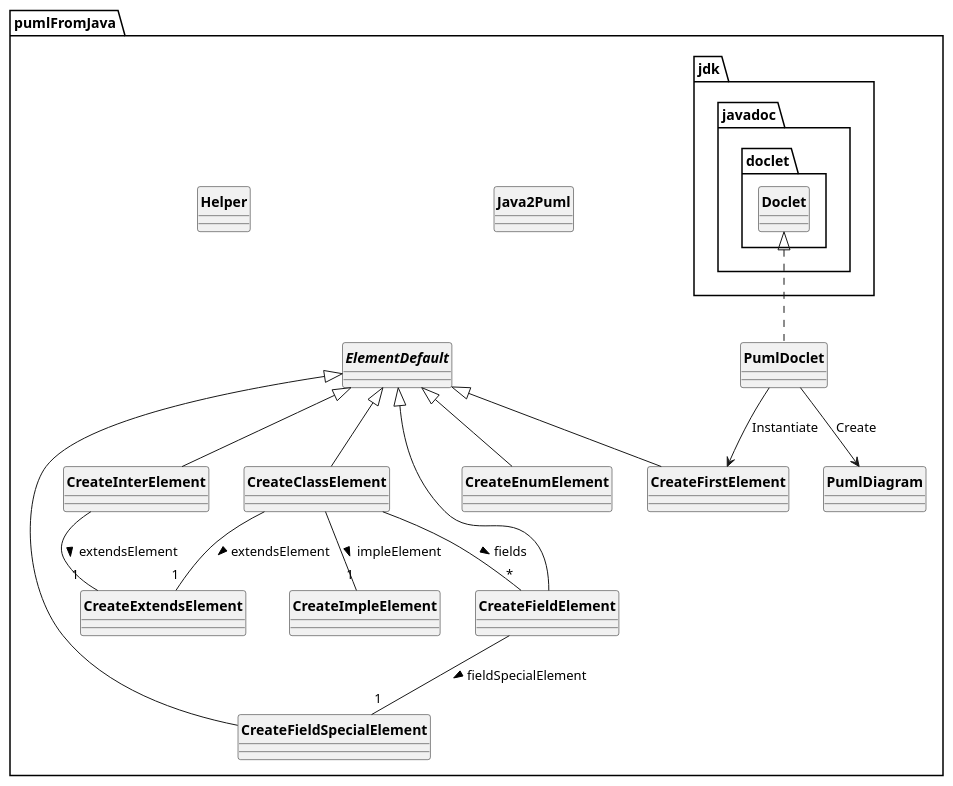
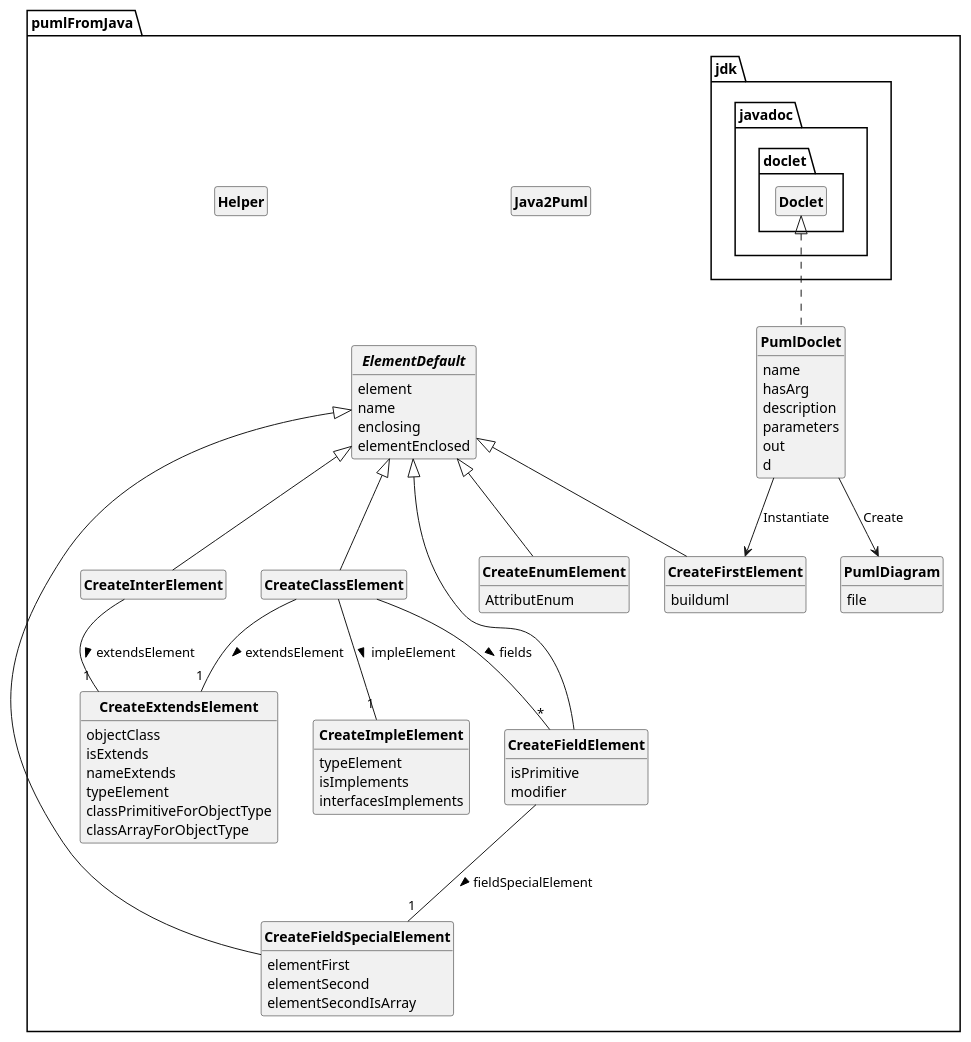
Before and after one commit to Tommot67/PumlFromJava: the diagram in uml/DCApumlFromJava.puml, drawn with PlantUML.

Commit message:
DCA semaine 3

```diff
--- a/uml/DCApumlFromJava.puml
+++ b/uml/DCApumlFromJava.puml
@@ -1,76 +1,106 @@
 @startuml
 'https://plantuml.com/class-diagram
 skinparam classAttributeIconSize 0
 skinparam classFontStyle Bold
 skinparam style strictuml
+hide empty members
+
 
 package "pumlFromJava"
 {
     class PumlDoclet
     {
+    name
+    hasArg
+    description
+    parameters
+    out
+    d
     }
     class Java2Puml
     {
     }
 
     class PumlDiagram
     {
+    file
     }
 
     class CreateFirstElement
     {
+    builduml
     }
 
     class CreateExtendsElement
     {
+    objectClass
+    isExtends
+    nameExtends
+    typeElement
+    classPrimitiveForObjectType
+    classArrayForObjectType
     }
 
     class Helper
     {
     }
 
     class CreateInterElement
     {
     }
 
     class CreateClassElement
     {
     }
 
     class CreateFieldElement
     {
+    isPrimitive
+    modifier
     }
 
     abstract class ElementDefault
     {
+    element
+    name
+    enclosing
+    elementEnclosed
+
     }
 
     class CreateEnumElement
     {
+    AttributEnum
     }
 
     class CreateImpleElement {
+    typeElement
+    isImplements
+    interfacesImplements
     }
 
     class CreateFieldSpecialElement
     {
+    elementFirst
+    elementSecond
+    elementSecondIsArray
     }
 
     jdk.javadoc.doclet.Doclet <|.. PumlDoclet
     ElementDefault <|-- CreateInterElement
     ElementDefault <|-- CreateClassElement
     ElementDefault <|-- CreateFieldElement
     ElementDefault <|-- CreateEnumElement
     ElementDefault <|-- CreateFirstElement
     ElementDefault <|-- CreateFieldSpecialElement
     PumlDoclet --> PumlDiagram : "Create"
     PumlDoclet --> CreateFirstElement : "Instantiate"
 
     CreateClassElement -- "*" CreateFieldElement : > fields
     CreateClassElement -- "1" CreateExtendsElement : > extendsElement
     CreateClassElement -- "1" CreateImpleElement : > impleElement
     CreateInterElement -- "1" CreateExtendsElement : > extendsElement
     CreateFieldElement -- "1" CreateFieldSpecialElement : > fieldSpecialElement
 }
 
 @enduml
```
